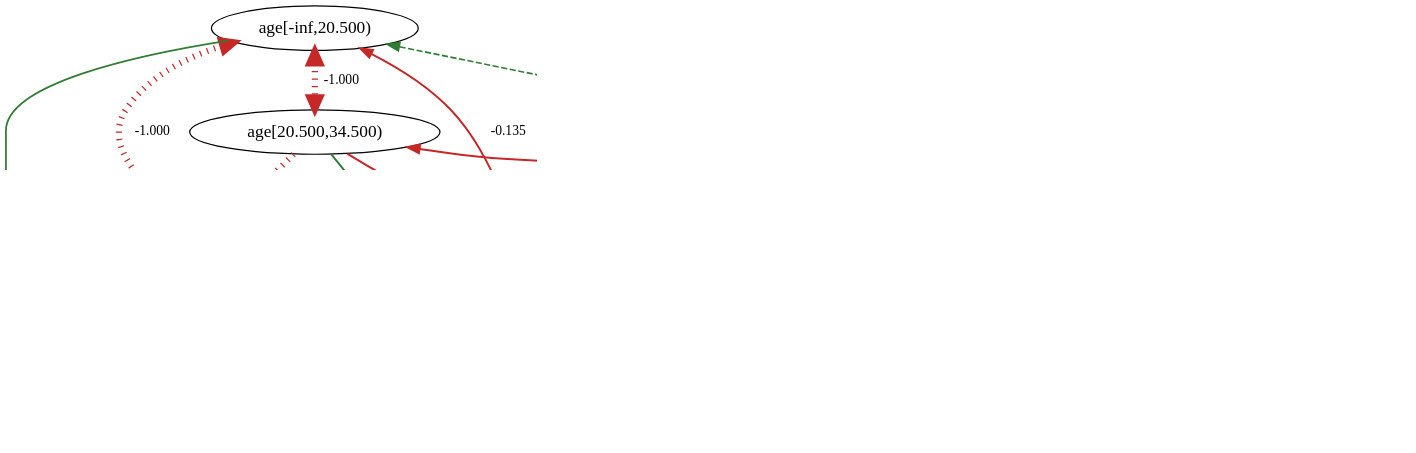
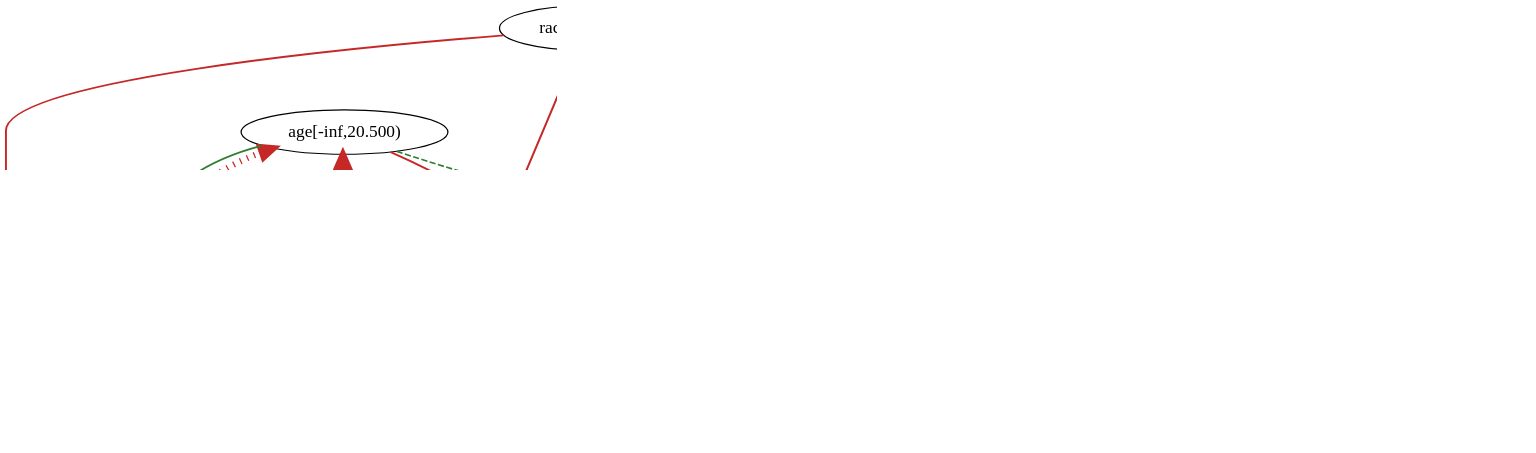
The diagram in causal_argumentation-main/outputs_compas/fci_experiment/discovery_fci_droplast_weighted.dot (AKANEMO22/MedTCAX-Causal-Argumentative-Explainability), drawn with Graphviz before and after one commit. The commit also changed 28 other files, not shown here.

```diff
--- a/causal_argumentation-main/outputs_compas/fci_experiment/discovery_fci_droplast_weighted.dot
+++ b/causal_argumentation-main/outputs_compas/fci_experiment/discovery_fci_droplast_weighted.dot
@@ -1,39 +1,40 @@
 digraph {
 fontsize=18;
 dpi=200;
 0 [label="age[-inf,20.500)"];
 1 [label="age[20.500,34.500)"];
 2 [label="age[34.500,52.500)"];
 3 [label="priors_count[-inf,0.500)"];
 4 [label="priors_count[0.500,2.500)"];
 5 [label="priors_count[2.500,8.500)"];
 6 [label="sex_0"];
 7 [label="race_black_0"];
 8 [label="c_charge_degree_0"];
 9 [label="juv_any_0"];
 10 [label="two_year_recid"];
 0 -> 1 [dir=both, arrowtail=normal, arrowhead=normal, label=" -1.000 ", fontsize=11, style=dotted, color="#c62828", penwidth=5.0];
 0 -> 2 [dir=both, arrowtail=normal, arrowhead=normal, label=" -1.000 ", fontsize=11, style=dotted, color="#c62828", penwidth=5.0];
-0 -> 3 [dir=both, arrowtail=normal, arrowhead=normal, label=" +0.078 ", fontsize=11, color="#2e7d32", style=dashed, penwidth=1.3113886911101744];
-0 -> 9 [dir=both, arrowtail=normal, arrowhead=normal, label=" -0.135 ", fontsize=11, color="#c62828", penwidth=1.5411938194929524];
+0 -> 3 [dir=both, arrowtail=none, arrowhead=normal, label=" +0.078 ", fontsize=11, color="#2e7d32", style=dashed, penwidth=1.3113886911101744];
+0 -> 9 [dir=both, arrowtail=none, arrowhead=normal, label=" -0.135 ", fontsize=11, color="#c62828", penwidth=1.5411938194929524];
 0 -> 10 [dir=both, arrowtail=none, arrowhead=normal, label=" +0.104 ", fontsize=11, color="#2e7d32", penwidth=1.4153167222897685];
 1 -> 2 [dir=both, arrowtail=none, arrowhead=normal, label=" -1.000 ", fontsize=11, style=dotted, color="#c62828", penwidth=5.0];
-1 -> 7 [dir=both, arrowtail=normal, arrowhead=normal, label=" -0.156 ", fontsize=11, color="#c62828", penwidth=1.6254753558036152];
+7 -> 1 [dir=both, arrowtail=odot, arrowhead=normal, label=" -0.156 ", fontsize=11, color="#c62828", penwidth=1.6254753558036152];
 1 -> 9 [dir=both, arrowtail=none, arrowhead=normal, label=" -0.162 ", fontsize=11, color="#c62828", penwidth=1.648230543356621];
 1 -> 10 [dir=both, arrowtail=none, arrowhead=normal, label=" +0.138 ", fontsize=11, color="#2e7d32", penwidth=1.5517675169583196];
 4 -> 3 [dir=both, arrowtail=odot, arrowhead=normal, label=" -1.000 ", fontsize=11, style=dotted, color="#c62828", penwidth=5.0];
 3 -> 5 [dir=both, arrowtail=none, arrowhead=normal, label=" -1.000 ", fontsize=11, style=dotted, color="#c62828", penwidth=5.0];
-6 -> 3 [dir=both, arrowtail=odot, arrowhead=normal, label=" +0.113 ", fontsize=11, color="#2e7d32", penwidth=1.4539642237179575];
-3 -> 7 [dir=both, arrowtail=normal, arrowhead=normal, label=" +0.155 ", fontsize=11, color="#2e7d32", penwidth=1.6211683664007666];
-3 -> 8 [dir=both, arrowtail=normal, arrowhead=normal, label=" +0.155 ", fontsize=11, color="#2e7d32", penwidth=1.6182160607475087];
+6 -> 3 [dir=both, arrowtail=none, arrowhead=normal, label=" +0.113 ", fontsize=11, color="#2e7d32", penwidth=1.4539642237179575];
+7 -> 3 [dir=both, arrowtail=none, arrowhead=normal, label=" +0.155 ", fontsize=11, color="#2e7d32", penwidth=1.6211683664007666];
+8 -> 3 [dir=both, arrowtail=odot, arrowhead=normal, label=" +0.155 ", fontsize=11, color="#2e7d32", penwidth=1.6182160607475087];
 3 -> 9 [dir=both, arrowtail=normal, arrowhead=normal, label=" +0.204 ", fontsize=11, color="#2e7d32", penwidth=1.8164658760107222];
 3 -> 10 [dir=both, arrowtail=none, arrowhead=normal, label=" -0.242 ", fontsize=11, color="#c62828", penwidth=1.968370066129737];
 4 -> 5 [dir=both, arrowtail=none, arrowhead=normal, label=" -1.000 ", fontsize=11, style=dotted, color="#c62828", penwidth=5.0];
 5 -> 10 [dir=both, arrowtail=none, arrowhead=normal, label=" +0.159 ", fontsize=11, color="#2e7d32", penwidth=1.6378864134807656];
-6 -> 8 [dir=both, arrowtail=normal, arrowhead=normal, label=" +0.062 ", fontsize=11, color="#2e7d32", style=dashed, penwidth=1.2473923026476834];
+6 -> 8 [dir=both, arrowtail=none, arrowhead=normal, label=" +0.062 ", fontsize=11, color="#2e7d32", style=dashed, penwidth=1.2473923026476834];
 6 -> 9 [dir=both, arrowtail=none, arrowhead=normal, label=" +0.096 ", fontsize=11, color="#2e7d32", style=dashed, penwidth=1.3854684192481614];
 6 -> 10 [dir=both, arrowtail=none, arrowhead=normal, label=" -0.101 ", fontsize=11, color="#c62828", penwidth=1.4036440942052204];
 7 -> 8 [dir=both, arrowtail=none, arrowhead=normal, label=" +0.104 ", fontsize=11, color="#2e7d32", penwidth=1.4161881076625993];
+7 -> 10 [dir=both, arrowtail=none, arrowhead=normal, label=" -0.141 ", fontsize=11, color="#c62828", penwidth=1.5624367867261995];
 8 -> 10 [dir=both, arrowtail=none, arrowhead=normal, label=" -0.120 ", fontsize=11, color="#c62828", penwidth=1.4813297591010122];
 9 -> 10 [dir=both, arrowtail=none, arrowhead=normal, label=" -0.194 ", fontsize=11, color="#c62828", penwidth=1.7754492637667454];
 }
```
